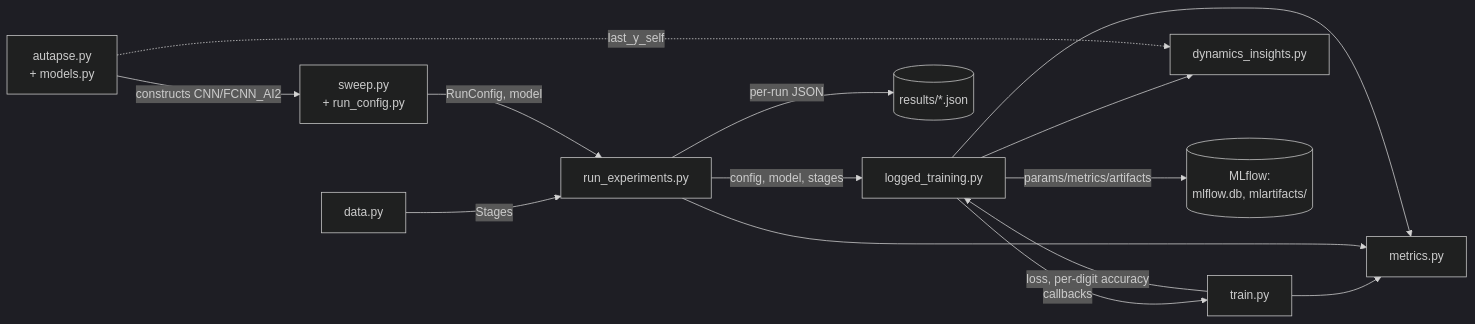
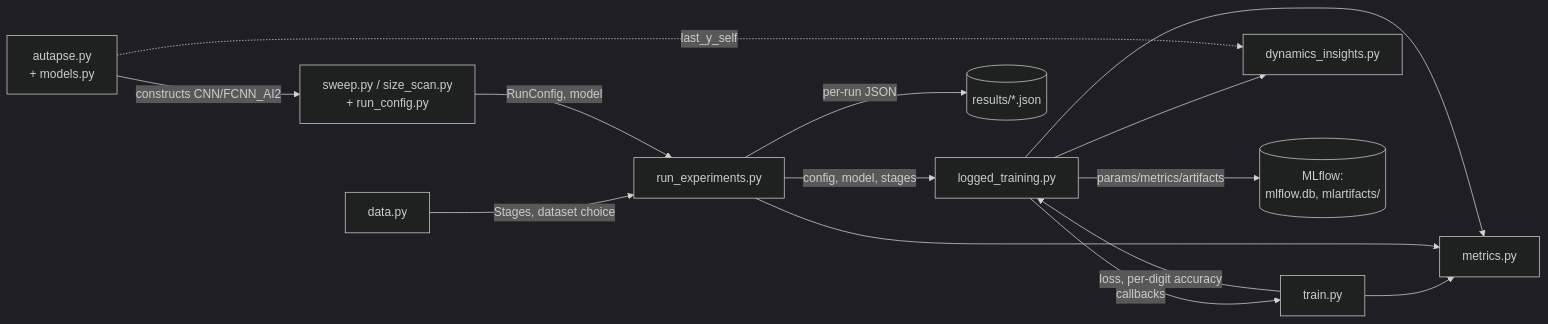
One commit to J3nF/robgoal changed the diagram in README.md. Above: the diagram before and after it, drawn with Mermaid (dark theme). The commit also changed other lines of this file and 13 other files, not shown here.

First line of the commit message:
Add seed/size/dataset/class-split scan options

````diff
--- a/README.md
+++ b/README.md
@@ -12,16 +12,16 @@
 ```mermaid
 flowchart LR
-    data[data.py] -->|Stages| orchestrator[run_experiments.py]
-    config[sweep.py<br/>+ run_config.py] -->|RunConfig, model| orchestrator
+    data[data.py] -->|Stages, dataset choice| orchestrator[run_experiments.py]
+    config[sweep.py / size_scan.py<br/>+ run_config.py] -->|RunConfig, model| orchestrator
     models[autapse.py<br/>+ models.py] -->|constructs CNN/FCNN_AI2| config
     orchestrator -->|config, model, stages| logging[logged_training.py]
     logging -->|callbacks| train[train.py]
     train -->|loss, per-digit accuracy| logging
     train --> metrics[metrics.py]
     orchestrator --> metrics
     logging --> metrics
     logging --> dynamics[dynamics_insights.py]
     models -.->|last_y_self| dynamics
     logging -->|params/metrics/artifacts| mlflow[(MLflow:<br/>mlflow.db, mlartifacts/)]
     orchestrator -->|per-run JSON| results[(results/*.json)]
 ```
````
